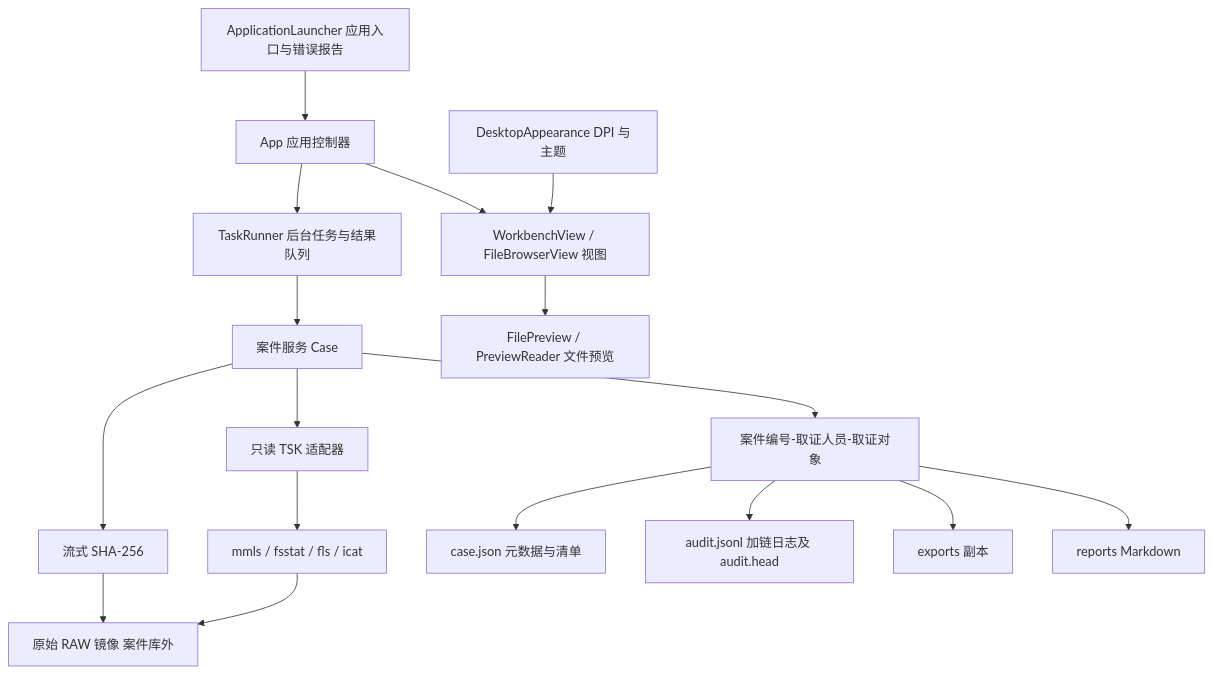
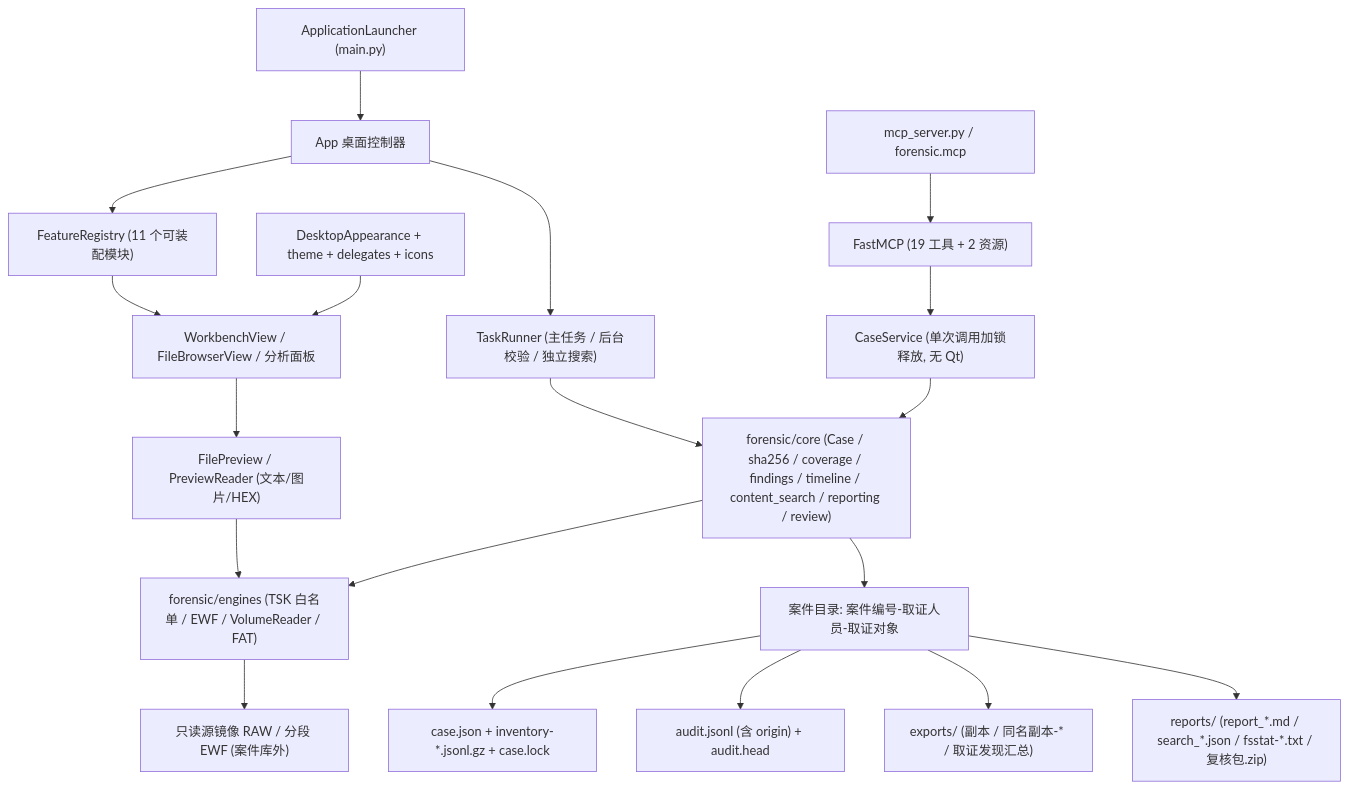
The diagram in docs/设计与验收说明.md (CYMR-1/TraceDesk), drawn with Mermaid before and after one commit. The commit also changed other lines of this file and 6 other files, not shown here.

````diff
--- a/docs/设计与验收说明.md
+++ b/docs/设计与验收说明.md
@@ -21,19 +32,24 @@
 ```mermaid
 flowchart TD
-    L[ApplicationLauncher 应用入口与错误报告] --> A[App 应用控制器]
-    A --> V[WorkbenchView / FileBrowserView 视图]
-    A --> Q[TaskRunner 后台任务与结果队列]
-    Q --> B[案件服务 Case]
-    V --> P[FilePreview / PreviewReader 文件预览]
-    S[DesktopAppearance DPI 与主题] --> V
-    B --> C[流式 SHA-256]
-    B --> D[只读 TSK 适配器]
-    D --> E[mmls / fsstat / fls / icat]
-    C --> F[原始 RAW 镜像 案件库外]
-    E --> F
-    B --> G[案件编号-取证人员-取证对象]
-    G --> H[case.json 元数据与清单]
-    G --> I[audit.jsonl 加链日志及 audit.head]
-    G --> J[exports 副本]
-    G --> K[reports Markdown]
+    L["ApplicationLauncher (main.py)"] --> A["App 桌面控制器"]
+    A --> FR["FeatureRegistry (11 个可装配模块)"]
+    FR --> V["WorkbenchView / FileBrowserView / 分析面板"]
+    S["DesktopAppearance + theme + delegates + icons"] --> V
+    V --> P["FilePreview / PreviewReader (文本/图片/HEX)"]
+    A --> Q["TaskRunner (主任务 / 后台校验 / 独立搜索)"]
+
+    M["mcp_server.py / forensic.mcp"] --> FM["FastMCP (19 工具 + 2 资源)"]
+    FM --> MS["CaseService (单次调用加锁释放, 无 Qt)"]
+
+    Q --> CORE["forensic/core (Case / sha256 / coverage / findings / timeline / content_search / reporting / review)"]
+    MS --> CORE
+    CORE --> ENG["forensic/engines (TSK 白名单 / EWF / VolumeReader / FAT)"]
+    P --> ENG
+    ENG --> IMG["只读源镜像 RAW / 分段 EWF (案件库外)"]
+
+    CORE --> CASE["案件目录: 案件编号-取证人员-取证对象"]
+    CASE --> META["case.json + inventory-*.jsonl.gz + case.lock"]
+    CASE --> AUD["audit.jsonl (含 origin) + audit.head"]
+    CASE --> EXP["exports/ (副本 / 同名副本-* / 取证发现汇总)"]
+    CASE --> REP["reports/ (report_*.md / search_*.json / fsstat-*.txt / 复核包.zip)"]
 ```
````
